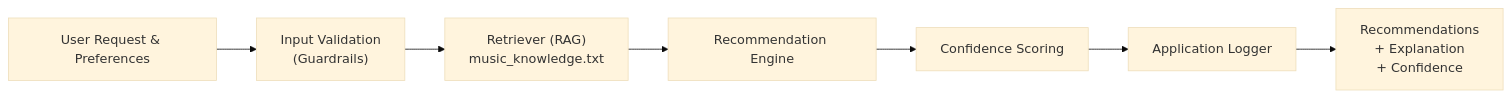
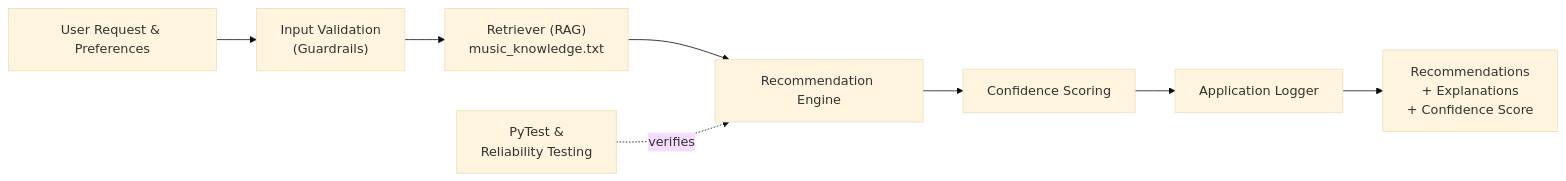
The diagram in diagrams/architecture.mmd (anoshasharif/applied-ai-music-recommender), drawn with Mermaid (base theme) before and after one commit.

Commit message:
Complete Applied AI Music Recommender

```diff
--- a/diagrams/architecture.mmd
+++ b/diagrams/architecture.mmd
@@ -1,26 +1,31 @@
 flowchart LR
 
 User["User Request & Preferences"]
 
 Guardrails["Input Validation
 (Guardrails)"]
 
 Retriever["Retriever (RAG)
 music_knowledge.txt"]
 
 Engine["Recommendation Engine"]
 
 Confidence["Confidence Scoring"]
 
 Logger["Application Logger"]
 
 Output["Recommendations
-+ Explanation
-+ Confidence"]
++ Explanations
++ Confidence Score"]
+
+Testing["PyTest &
+Reliability Testing"]
 
 User --> Guardrails
 Guardrails --> Retriever
 Retriever --> Engine
 Engine --> Confidence
 Confidence --> Logger
 Logger --> Output
+
+Testing -. verifies .-> Engine
```
